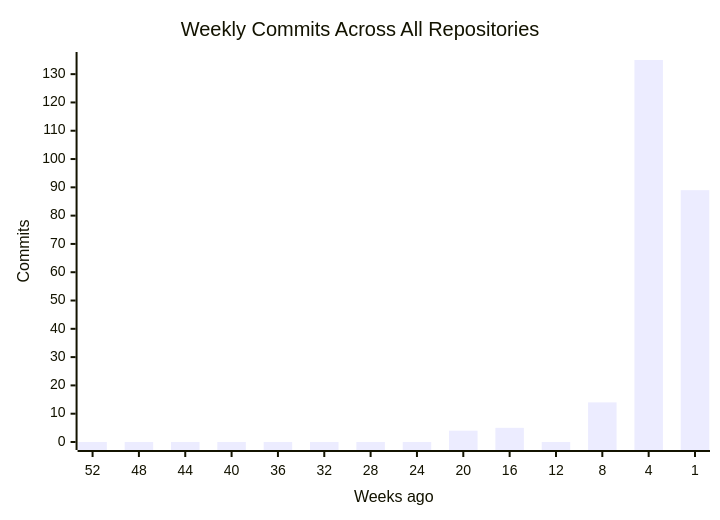
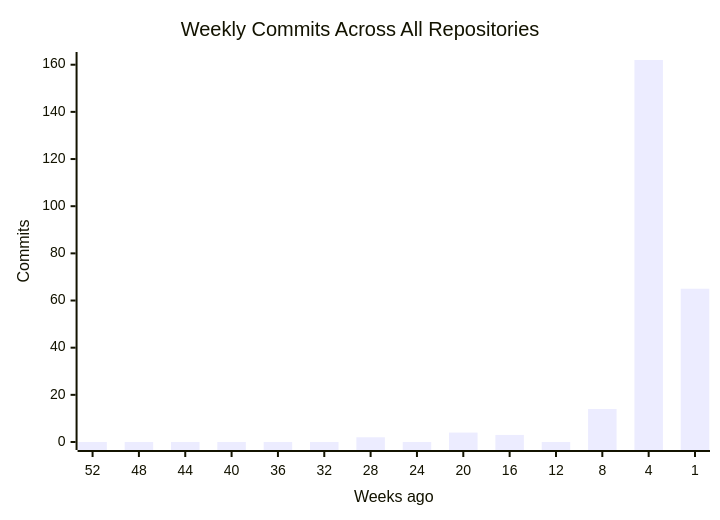
The first of 4 diagrams in profile/README.md (CSTH-Projects/.github), drawn with Mermaid before and after one commit. The commit also changed other lines of this file, not shown here.

````diff
--- a/profile/README.md
+++ b/profile/README.md
@@ -16,7 +16,7 @@
 ```mermaid
 xychart-beta
     title "Weekly Commits Across All Repositories"
     x-axis "Weeks ago" [52, 48, 44, 40, 36, 32, 28, 24, 20, 16, 12, 8, 4, 1]
     y-axis "Commits"
-    bar [0, 0, 0, 0, 0, 0, 0, 0, 4, 5, 0, 14, 135, 89]
+    bar [0, 0, 0, 0, 0, 0, 2, 0, 4, 3, 0, 14, 162, 65]
 ```
````
